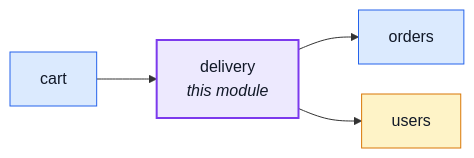
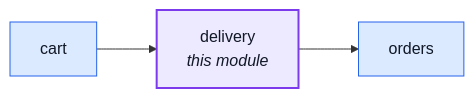
The first of 2 diagrams in docs/modules/delivery.md (Guebbit/boilerplate-node-backend), drawn with Mermaid before and after one commit. The commit also changed 2 other files, not shown here.

Commit message:
docs(modules): regenerate the module graph
delivery no longer imports users (1fbd5722 deleted the last call reaching
it), and this session's later commits never re-ran docs:graph to catch it.

````diff
--- a/docs/modules/delivery.md
+++ b/docs/modules/delivery.md
@@ -16,20 +16,17 @@
 ```mermaid
 %%{init: {'flowchart': {'nodeSpacing': 30, 'rankSpacing': 60}}}%%
 flowchart LR
     delivery["delivery<br/><i>this module</i>"]
     cart["cart"]
     orders["orders"]
-    users["users"]
 
     cart --> delivery
     delivery --> orders
-    delivery --> users
 
     classDef core fill:#dbeafe,stroke:#2563eb,color:#111827;
     classDef supporting fill:#fef3c7,stroke:#d97706,color:#111827;
     classDef generic fill:#dcfce7,stroke:#16a34a,color:#111827;
     classDef centre fill:#ede9fe,stroke:#7c3aed,stroke-width:2px,color:#111827;
     class cart,orders core;
-    class users supporting;
     class delivery centre;
 ```
````
